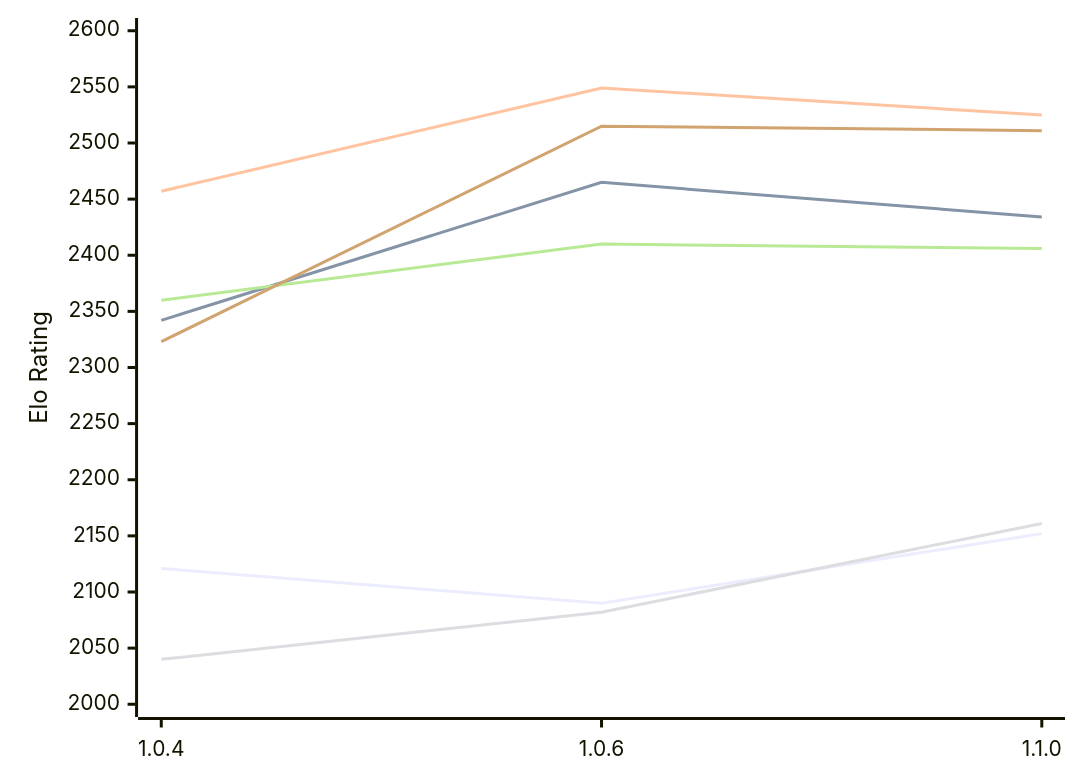
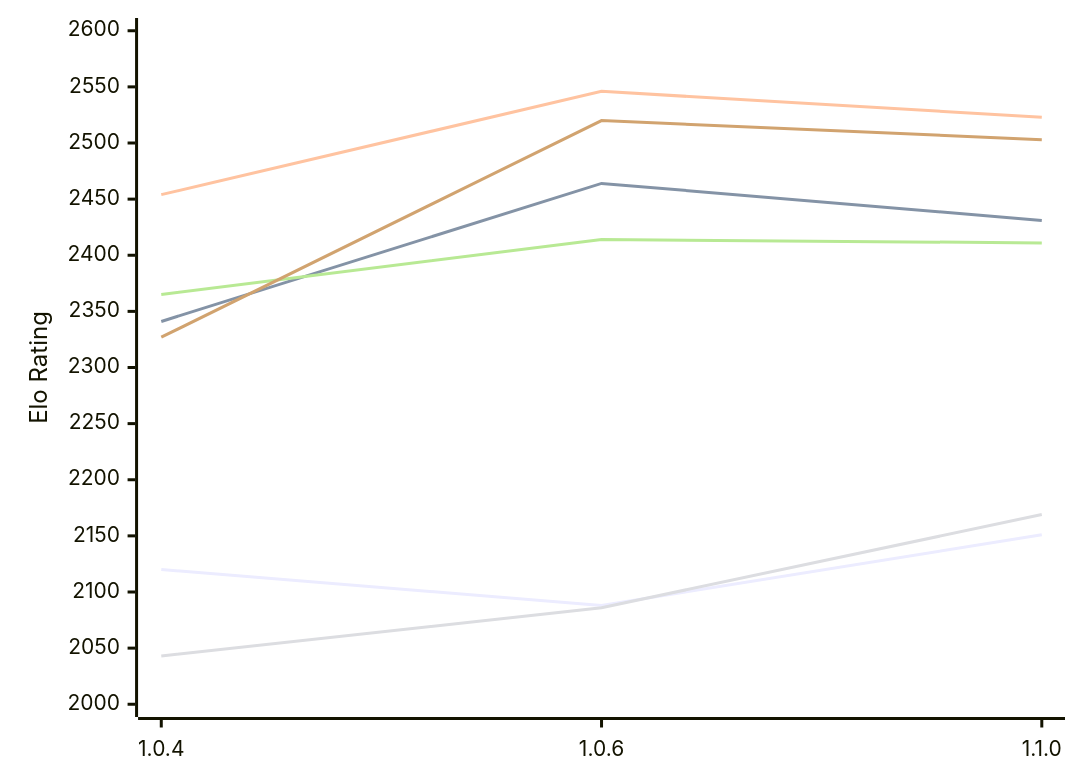
One commit to computer-chess-index/cci changed the diagram in engines/Ankax.md. Above: the diagram before and after it, drawn with Mermaid. The commit also changed other lines of this file, not shown here.

Commit message:
Update CCI Ratings (ELO VLTC) - 2026-11-23

````diff
--- a/engines/Ankax.md
+++ b/engines/Ankax.md
@@ -51,12 +51,12 @@
 ```mermaid
 %%{init: {"theme":"base","themeVariables":{"seriesColors:['#a3a3a3','#222221','#faa371']}}}%%
 xychart-beta
   x-axis ["1.0.4", "1.0.6", "1.1.0"]
   y-axis "Elo Rating" 2000 --> 2600
-  line "E1: STC (8.0+0.08s)" [2121, 2090, 2152]
-  line "E1: LTC (60.0+0.60s)" [2342, 2465, 2434]
-  line "E1: VLTC (2m24s+1.12s)" [2457, 2549, 2525]
-  line "P1: STC (8.0+0.08s)" [2040, 2082, 2161]
-  line "P1: LTC (60.0+0.60s)" [2360, 2410, 2406]
-  line "P1: VLTC (2m24s+1.12s)" [2323, 2515, 2511]
+  line "E1: STC (8.0+0.08s)" [2120, 2088, 2151]
+  line "E1: LTC (60.0+0.60s)" [2341, 2464, 2431]
+  line "E1: VLTC (2m24s+1.12s)" [2454, 2546, 2523]
+  line "P1: STC (8.0+0.08s)" [2043, 2086, 2169]
+  line "P1: LTC (60.0+0.60s)" [2365, 2414, 2411]
+  line "P1: VLTC (2m24s+1.12s)" [2327, 2520, 2503]
 ```
````
